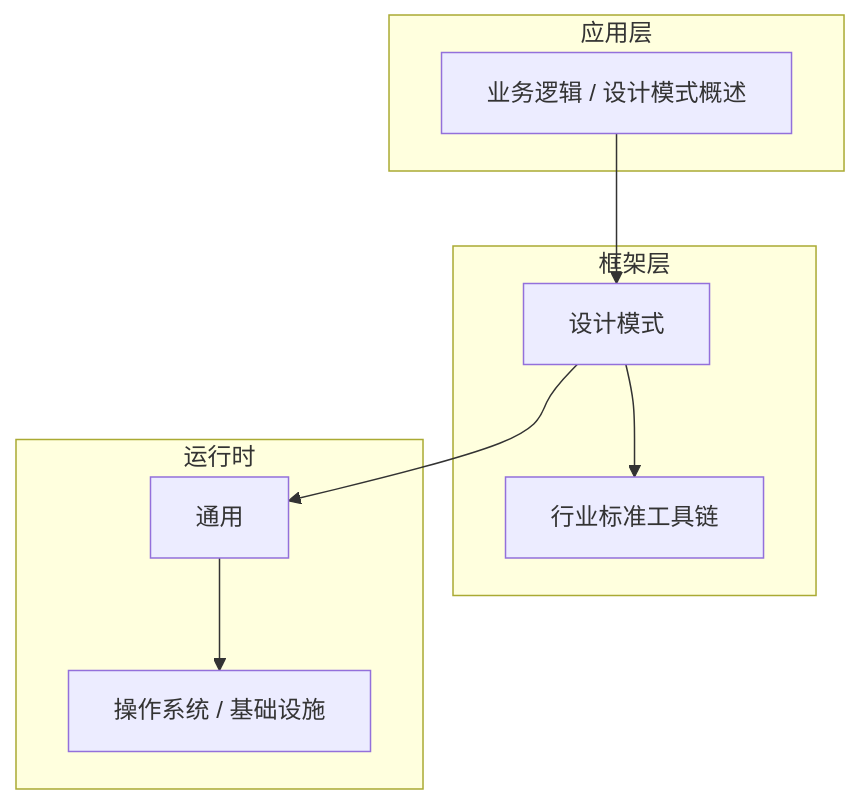
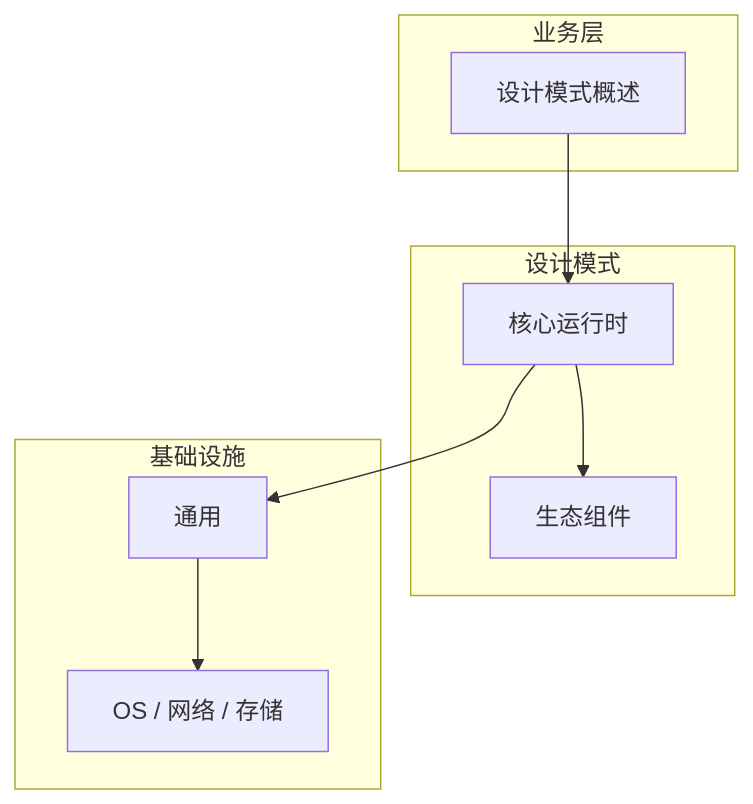
The diagram in articles/设计模式/chapters/001-设计模式概述核心概念与原理.md (yanggan2015/knowledge-json-v2), drawn with Mermaid before and after one commit. The commit also changed other lines of this file and 10127 other files, not shown here.

````diff
--- a/articles/设计模式/chapters/001-设计模式概述核心概念与原理.md
+++ b/articles/设计模式/chapters/001-设计模式概述核心概念与原理.md
@@ -45,18 +34,18 @@
 ```mermaid
 graph TB
-    subgraph 应用层
-        A[业务逻辑 / 设计模式概述]
+    subgraph 业务层
+        A[设计模式概述]
     end
-    subgraph 框架层
-        B[设计模式]
-        C[行业标准工具链]
+    subgraph 设计模式
+        B[核心运行时]
+        C[生态组件]
     end
-    subgraph 运行时
+    subgraph 基础设施
         D[通用]
-        E[操作系统 / 基础设施]
+        E[OS / 网络 / 存储]
     end
     A --> B
     B --> C
     B --> D
     D --> E
 ```
````
